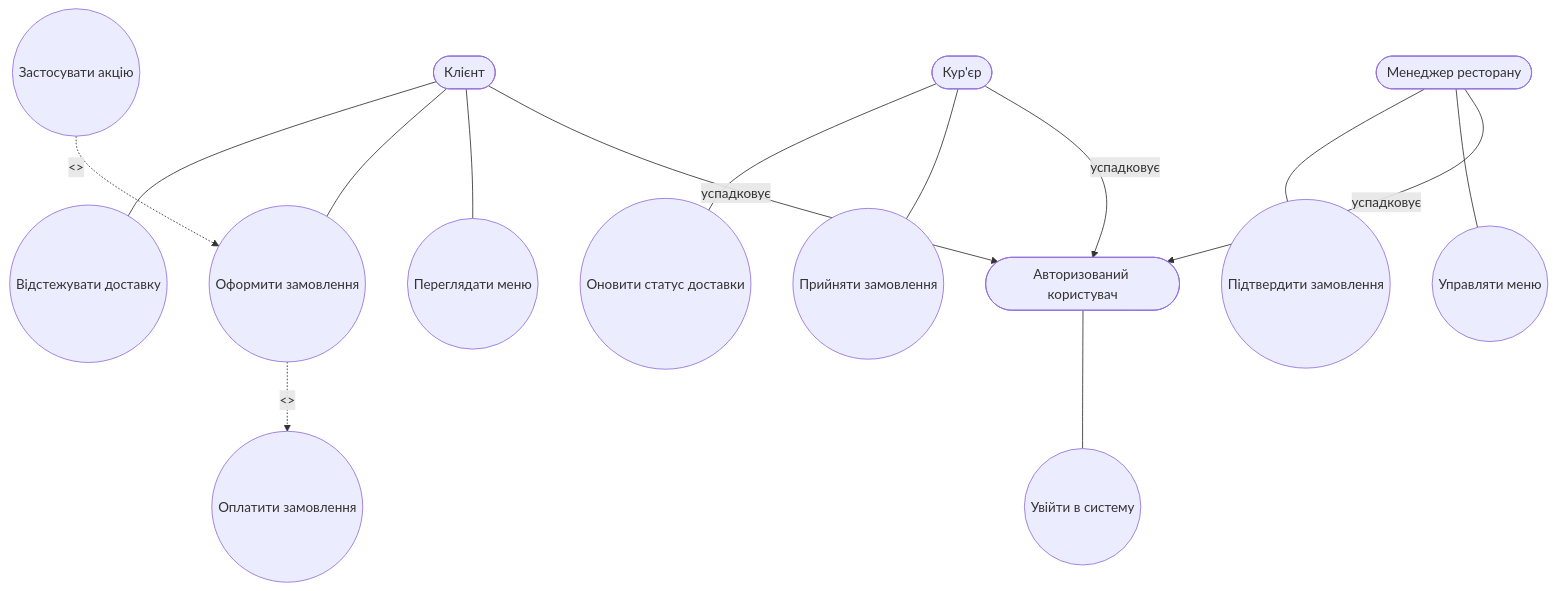
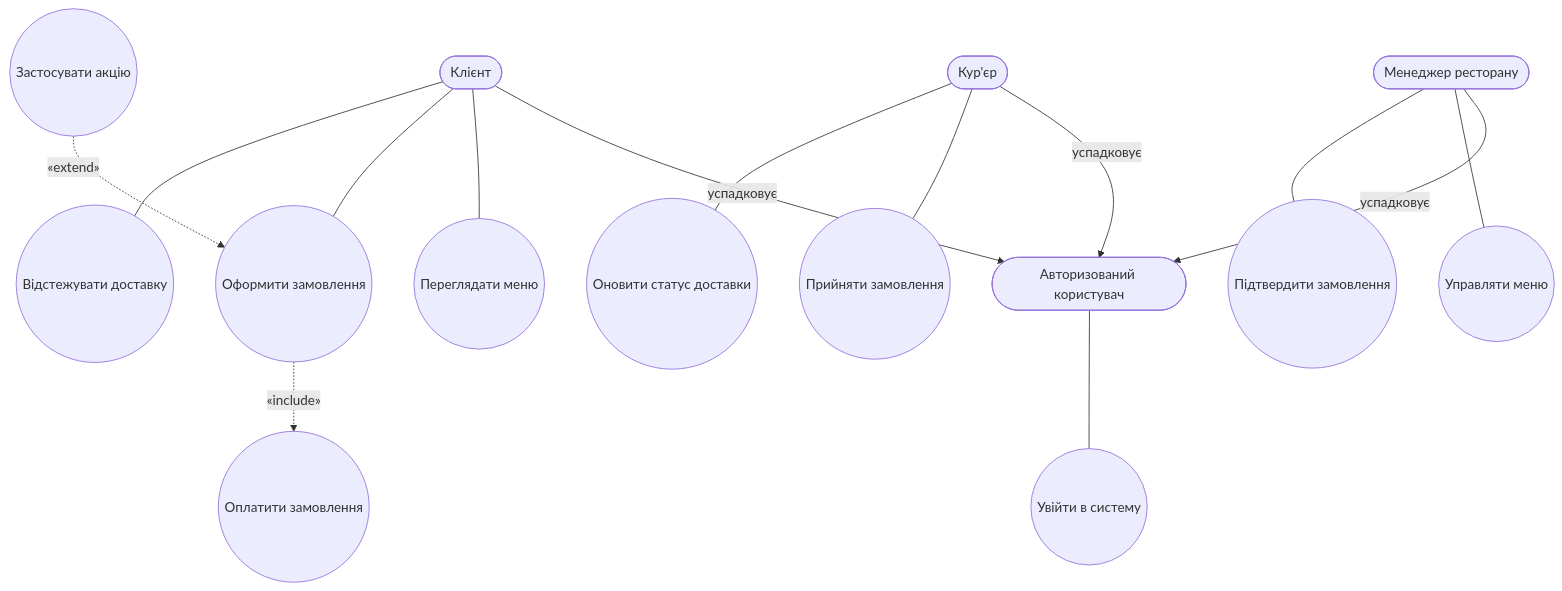
Before and after one commit to konkusandrey-gif/Kpi2_labwork: the diagram in labs/lab2-usecases/model/uc.mmd, drawn with Mermaid.

```diff
--- a/labs/lab2-usecases/model/uc.mmd
+++ b/labs/lab2-usecases/model/uc.mmd
@@ -1,45 +1,45 @@
 flowchart TB
     %% Актори
     AuthUser([Авторизований користувач])
     Client([Клієнт])
     Courier([Кур'єр])
     Manager([Менеджер ресторану])
 
     %% Узагальнення (Наслідування)
     Client -->|успадковує| AuthUser
     Courier -->|успадковує| AuthUser
     Manager -->|успадковує| AuthUser
 
     %% Базові прецеденти (для всіх)
     UC_Login((Увійти в систему))
     AuthUser --- UC_Login
 
     %% Прецеденти Клієнта
     UC_ViewMenu((Переглядати меню))
     UC_Checkout((Оформити замовлення))
     UC_Track((Відстежувати доставку))
     
     Client --- UC_ViewMenu
     Client --- UC_Checkout
     Client --- UC_Track
 
     %% Include / Extend для головного процесу (Checkout)
     UC_Pay((Оплатити замовлення))
     UC_ApplyPromo((Застосувати акцію))
     
-    UC_Checkout -.->|"<<include>>"| UC_Pay
-    UC_ApplyPromo -.->|"<<extend>>"| UC_Checkout
+    UC_Checkout -.->|«include»| UC_Pay
+    UC_ApplyPromo -.->|«extend»| UC_Checkout
 
     %% Прецеденти Кур'єра
     UC_TakeDelivery((Прийняти замовлення))
     UC_UpdateStatus((Оновити статус доставки))
     
     Courier --- UC_TakeDelivery
     Courier --- UC_UpdateStatus
 
     %% Прецеденти Менеджера
     UC_ManageMenu((Управляти меню))
     UC_ConfirmOrder((Підтвердити замовлення))
     
     Manager --- UC_ManageMenu
     Manager --- UC_ConfirmOrder
```
